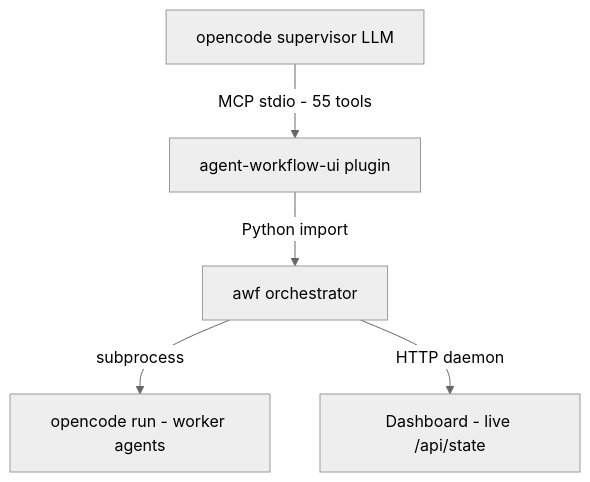
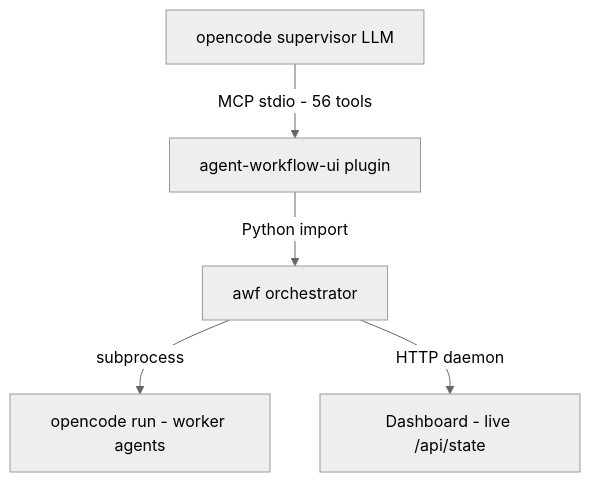
The second of 2 diagrams in README.md (EnerJizeIT/agentic-workflow), drawn with Mermaid (neutral theme) before and after one commit. The commit also changed other lines of this file and 27 other files, not shown here.

````diff
--- a/README.md
+++ b/README.md
@@ -91,7 +91,7 @@
 ```mermaid
 graph TD
-    A[opencode supervisor LLM] -->|MCP stdio - 55 tools| B[agent-workflow-ui plugin]
+    A[opencode supervisor LLM] -->|MCP stdio - 56 tools| B[agent-workflow-ui plugin]
     B -->|Python import| C[awf orchestrator]
     C -->|subprocess| D[opencode run - worker agents]
     C -->|HTTP daemon| E[Dashboard - live /api/state]
 ```
````
